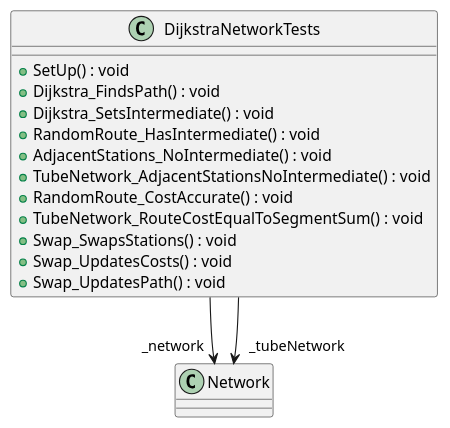
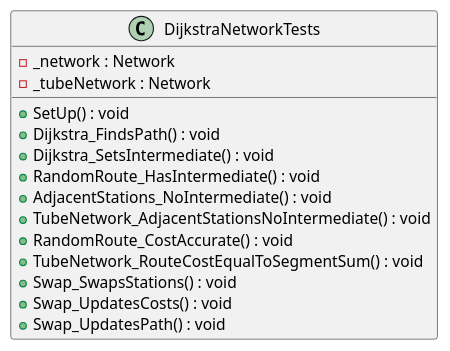
Before and after one commit to Liftyee/london-tube-navigator: the diagram in TubeChallengeRouter/puml/TransportNetworkTests/DijkstraNetworkTests.puml, drawn with PlantUML. The commit also changed 26 other files, not shown here.

```diff
--- a/TubeChallengeRouter/puml/TransportNetworkTests/DijkstraNetworkTests.puml
+++ b/TubeChallengeRouter/puml/TransportNetworkTests/DijkstraNetworkTests.puml
@@ -1,17 +1,17 @@
 @startuml
 class DijkstraNetworkTests {
+    - _network : Network
+    - _tubeNetwork : Network
     + SetUp() : void
     + Dijkstra_FindsPath() : void
     + Dijkstra_SetsIntermediate() : void
     + RandomRoute_HasIntermediate() : void
     + AdjacentStations_NoIntermediate() : void
     + TubeNetwork_AdjacentStationsNoIntermediate() : void
     + RandomRoute_CostAccurate() : void
     + TubeNetwork_RouteCostEqualToSegmentSum() : void
     + Swap_SwapsStations() : void
     + Swap_UpdatesCosts() : void
     + Swap_UpdatesPath() : void
 }
-DijkstraNetworkTests --> "_network" Network
-DijkstraNetworkTests --> "_tubeNetwork" Network
 @enduml
```
